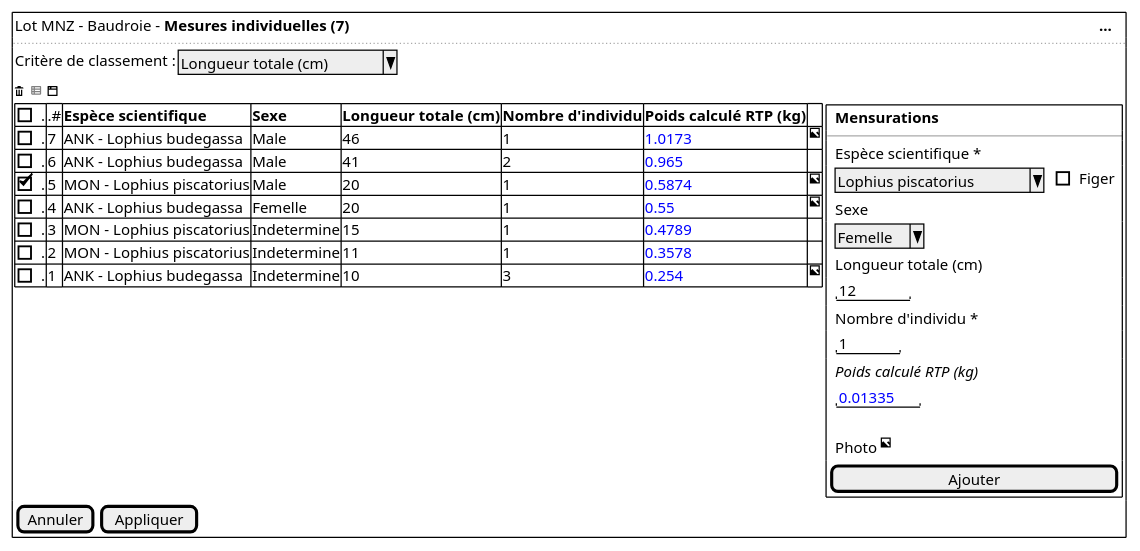
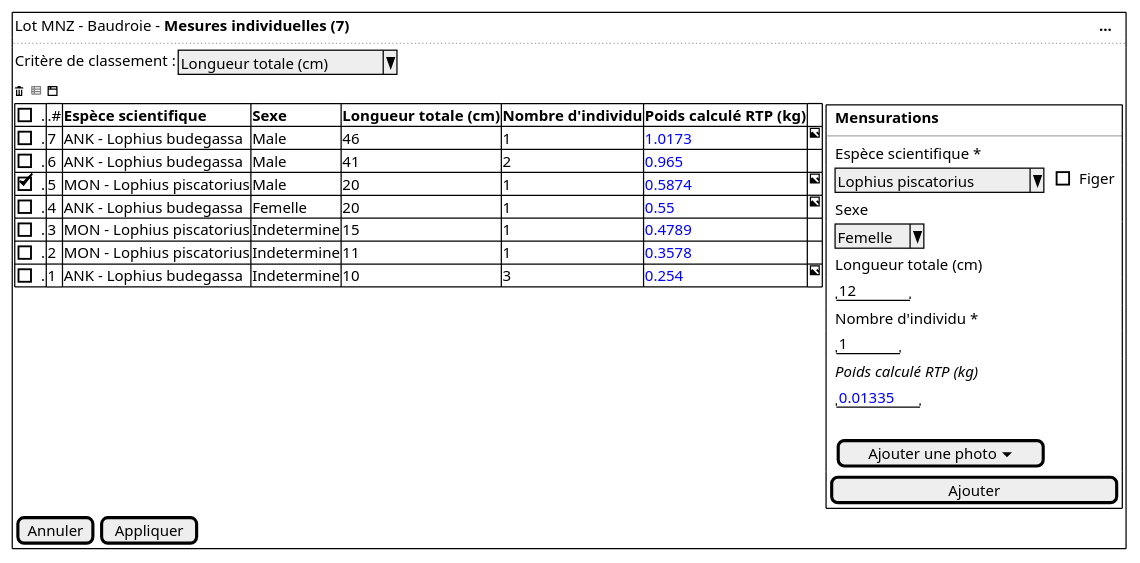
One commit to sumaris-net/sumaris-doc changed the diagram in projects/common/spe/images/individual-measures.puml. Above: the diagram before and after it, drawn with PlantUML. The commit also changed 1 other file, not shown here.

Commit message:
[enh] Add photo specification on common Opus

```diff
--- a/projects/common/spe/images/individual-measures.puml
+++ b/projects/common/spe/images/individual-measures.puml
@@ -1,48 +1,48 @@
 @startsalt
  {+
   { Lot MNZ - Baudroie - <b>Mesures individuelles (7) | . | . |. |. |. |. |. |. |. |. |. |. |. |. |. |. |. |. |. |. |. |. |. |. |. |. |. |. |. |. |. |. |. |. |. |. |. |. |. |. |. |. |. |. |. |. |. |. |. |. |. |. |. |. |. |. |. |. |. |. |. |. |. |. |. |. |. |. |. |. |. |. |. |. |. |. |. |. |. |. |. |. |. |. |. |. |. |. |. |. |. |. |. |. |. |. |. |. |. |. |. |. |. |. |. |. |. |. |. |. |. |. |. |. |<b> ...}
   ..
 
   { | Critère de classement : | ^Longueur totale (cm)^ | .  }
 
   <&trash> <color:grey><&spreadsheet></color> <&browser>
 
   {
 	{#
       [].| .# | <b>Espèce scientifique | <b>Sexe | <b>Longueur totale (cm) | <b>Nombre d'individu | <b>Poids calculé RTP (kg) | .
       [].| 7 | ANK - Lophius budegassa   | Male | 46 | 1 | <color:blue>1.0173 | <&image>
       [].| 6 | ANK - Lophius budegassa   | Male | 41 | 2 |<color:blue>0.965 | .
       [X].| 5 | MON - Lophius piscatorius | Male | 20 | 1 | <color:blue>0.5874 | <&image>
       [].| 4 | ANK - Lophius budegassa   | Femelle | 20 | 1 | <color:blue>0.55 | <&image>
       [].| 3 | MON - Lophius piscatorius | Indetermine | 15 | 1 | <color:blue>0.4789 | .
       [].| 2 | MON - Lophius piscatorius | Indetermine | 11 | 1 | <color:blue>0.3578 | .
       [].| 1 | ANK - Lophius budegassa   | Indetermine | 10 | 3 | <color:blue>0.254 | <&image>
     } |
 
     {
       {+
         { | . |  <b>Mensurations  | . | . | . | . | . }
         --
-        { | . | Espèce scientifique *  | . }
-        { | . | ^Lophius piscatorius^   | .  | [ ] Figer }
+        { | . | Espèce scientifique * | . }
+        { | . | ^Lophius piscatorius^| .  | [ ] Figer }
 
         { | . | Sexe  | . }
         { | . | ^Femelle^  }
 
         { | . | Longueur totale (cm) | .  }
         { | . | "   12  "  }
 
         { | . | Nombre d'individu * | .  }
         { | . | "   1  "  | .   }
 
         { | . | <i>Poids calculé RTP (kg)  | . }
         { | . | "<color:blue>0.01335 " | .  }
         .
-        { | . | Photo | <&image>  }
+        { | . | [Ajouter une photo <&caret-bottom>]  }
         { [                     Ajouter] }
         }
      }
     }
     {[Annuler] | [Appliquer]}
   }
 @endsalt
```
